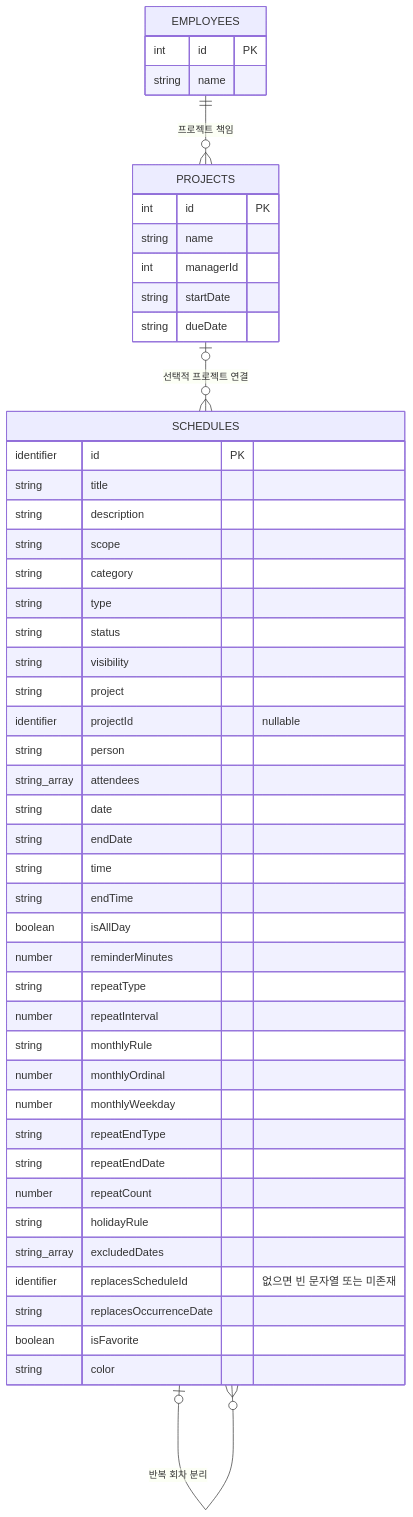
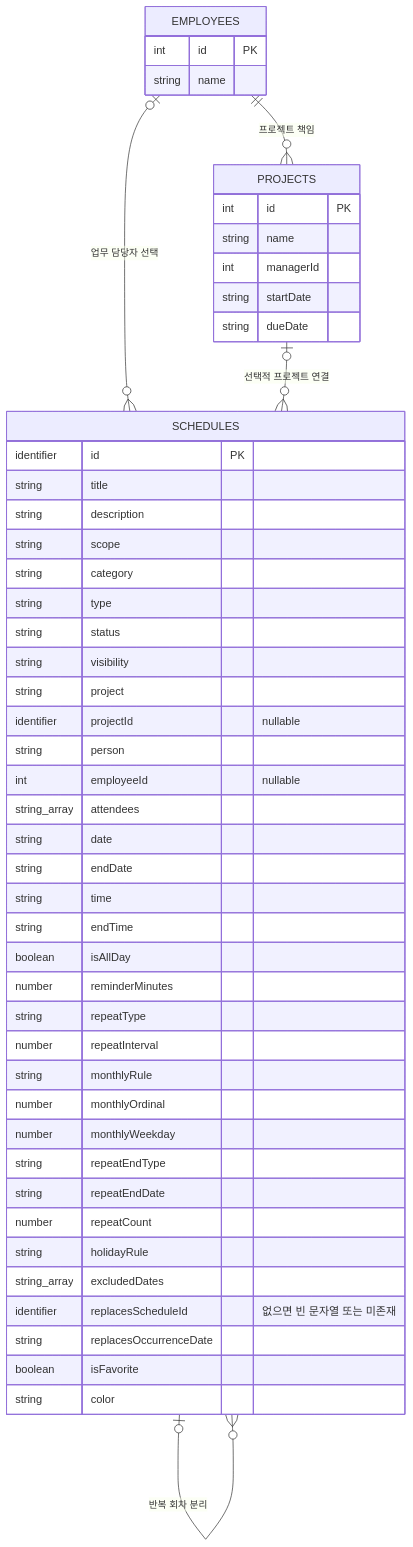
Before and after one commit to pomending/group1: the diagram in src/5_schedule/SCHEDULE_ERD.md, drawn with Mermaid. The commit also changed other lines of this file and 23 other files, not shown here.

````diff
--- a/src/5_schedule/SCHEDULE_ERD.md
+++ b/src/5_schedule/SCHEDULE_ERD.md
@@ -9,52 +9,54 @@
 ```mermaid
 erDiagram
     EMPLOYEES ||--o{ PROJECTS : "프로젝트 책임"
+    EMPLOYEES o|--o{ SCHEDULES : "업무 담당자 선택"
     PROJECTS o|--o{ SCHEDULES : "선택적 프로젝트 연결"
     SCHEDULES o|--o{ SCHEDULES : "반복 회차 분리"
 
     EMPLOYEES {
         int id PK
         string name
     }
     PROJECTS {
         int id PK
         string name
         int managerId
         string startDate
         string dueDate
     }
     SCHEDULES {
         identifier id PK
         string title
         string description
         string scope
         string category
         string type
         string status
         string visibility
         string project
         identifier projectId "nullable"
         string person
+        int employeeId "nullable"
         string_array attendees
         string date
         string endDate
         string time
         string endTime
         boolean isAllDay
         number reminderMinutes
         string repeatType
         number repeatInterval
         string monthlyRule
         number monthlyOrdinal
         number monthlyWeekday
         string repeatEndType
         string repeatEndDate
         number repeatCount
         string holidayRule
         string_array excludedDates
         identifier replacesScheduleId "없으면 빈 문자열 또는 미존재"
         string replacesOccurrenceDate
         boolean isFavorite
         string color
     }
 ```
````
